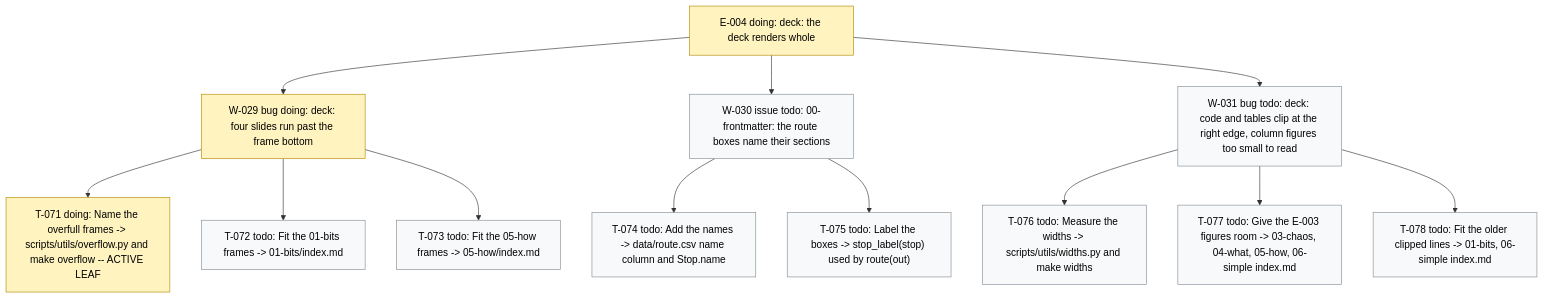
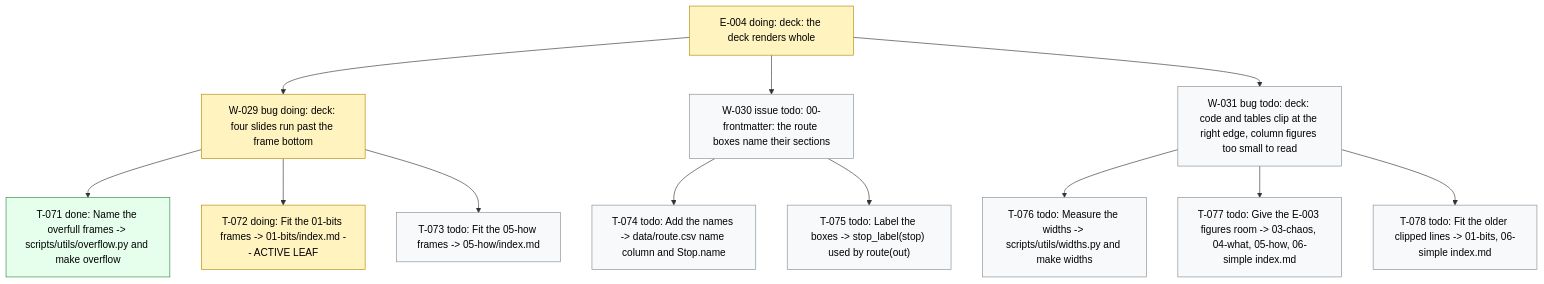
One commit to dpopchev/chaos-to-simple changed the diagram in .board/BOARD.md. Above: the diagram before and after it, drawn with Mermaid. The commit also changed other lines of this file and 2 other files, not shown here.

Commit message:
chore(board): close T-071, start T-072
Refs: W-029 T-071 T-072

````diff
--- a/.board/BOARD.md
+++ b/.board/BOARD.md
@@ -193,22 +193,23 @@
 ```mermaid
 flowchart TD
   E004["E-004 doing: deck: the deck renders whole"]
   E004 --> W029["W-029 bug doing: deck: four slides run past the frame bottom"]
-  W029 --> T071["T-071 doing: Name the overfull frames -> scripts/utils/overflow.py and make overflow -- ACTIVE LEAF"]
-  W029 --> T072["T-072 todo: Fit the 01-bits frames -> 01-bits/index.md"]
+  W029 --> T071["T-071 done: Name the overfull frames -> scripts/utils/overflow.py and make overflow"]
+  W029 --> T072["T-072 doing: Fit the 01-bits frames -> 01-bits/index.md -- ACTIVE LEAF"]
   W029 --> T073["T-073 todo: Fit the 05-how frames -> 05-how/index.md"]
   E004 --> W030["W-030 issue todo: 00-frontmatter: the route boxes name their sections"]
   W030 --> T074["T-074 todo: Add the names -> data/route.csv name column and Stop.name"]
   W030 --> T075["T-075 todo: Label the boxes -> stop_label(stop) used by route(out)"]
   E004 --> W031["W-031 bug todo: deck: code and tables clip at the right edge, column figures too small to read"]
   W031 --> T076["T-076 todo: Measure the widths -> scripts/utils/widths.py and make widths"]
   W031 --> T077["T-077 todo: Give the E-003 figures room -> 03-chaos, 04-what, 05-how, 06-simple index.md"]
   W031 --> T078["T-078 todo: Fit the older clipped lines -> 01-bits, 06-simple index.md"]
   classDef doing fill:#fff3bf,stroke:#b58900,color:#000;
   classDef blocked fill:#ffe3e3,stroke:#c92a2a,color:#000;
   classDef done fill:#e6ffed,stroke:#2b8a3e,color:#000;
   classDef todo fill:#f8f9fa,stroke:#868e96,color:#000;
   classDef pruned fill:#f1f3f5,stroke:#adb5bd,color:#000;
-  class E004,W029,T071 doing
-  class T072,T073,W030,T074,T075,W031,T076,T077,T078 todo
+  class E004,W029,T072 doing
+  class T071 done
+  class T073,W030,T074,T075,W031,T076,T077,T078 todo
 ```
````
